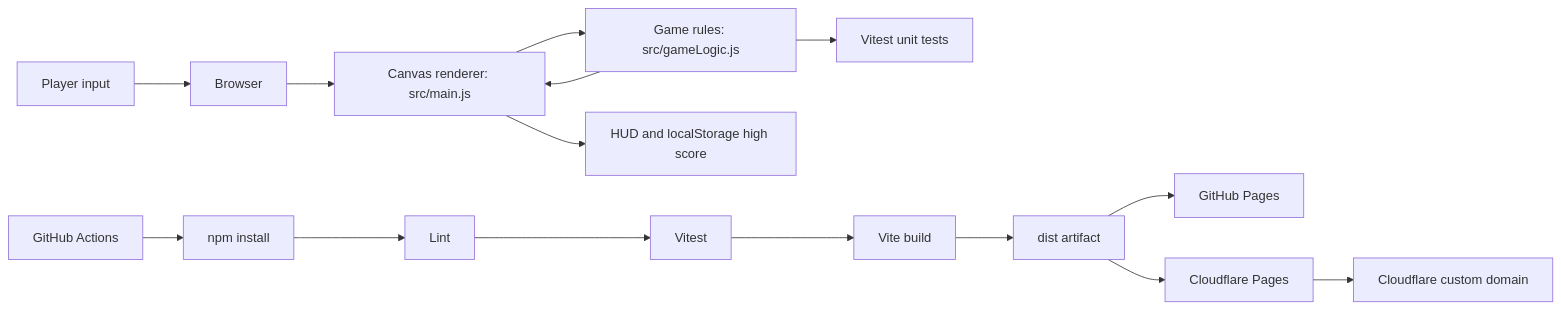
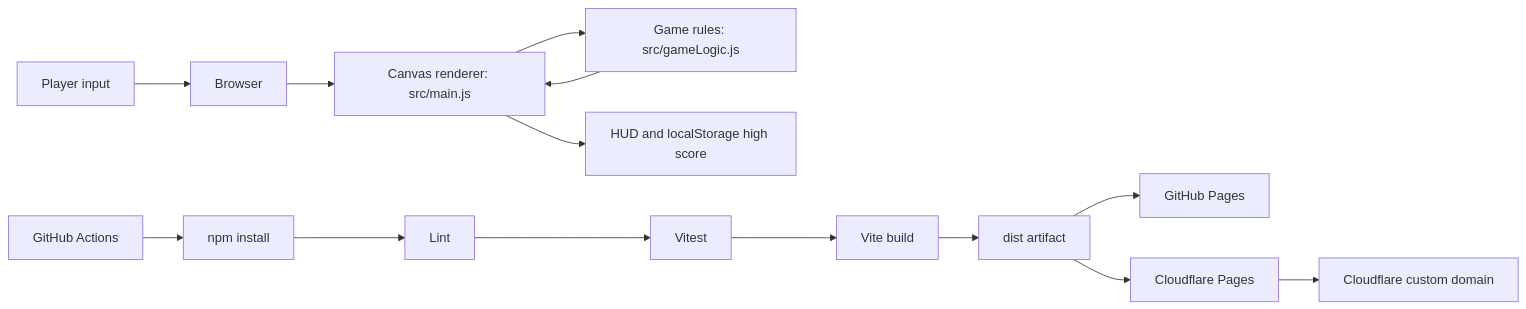
Before and after one commit to univcorp2-ctrl/nebula-catcher-web-game: the diagram in README.md, drawn with Mermaid. The commit also changed other lines of this file, not shown here.

````diff
--- a/README.md
+++ b/README.md
@@ -25,17 +25,16 @@
 ```mermaid
 flowchart LR
     U[Player input] --> B[Browser]
     B --> C[Canvas renderer: src/main.js]
     C --> L[Game rules: src/gameLogic.js]
     L --> C
     C --> H[HUD and localStorage high score]
-    L --> T[Vitest unit tests]
     G[GitHub Actions] --> N[npm install]
     N --> Q[Lint]
     Q --> V[Vitest]
     V --> D[Vite build]
     D --> A[dist artifact]
     A --> P[GitHub Pages]
     A --> CF[Cloudflare Pages]
     CF --> CD[Cloudflare custom domain]
 ```
````
